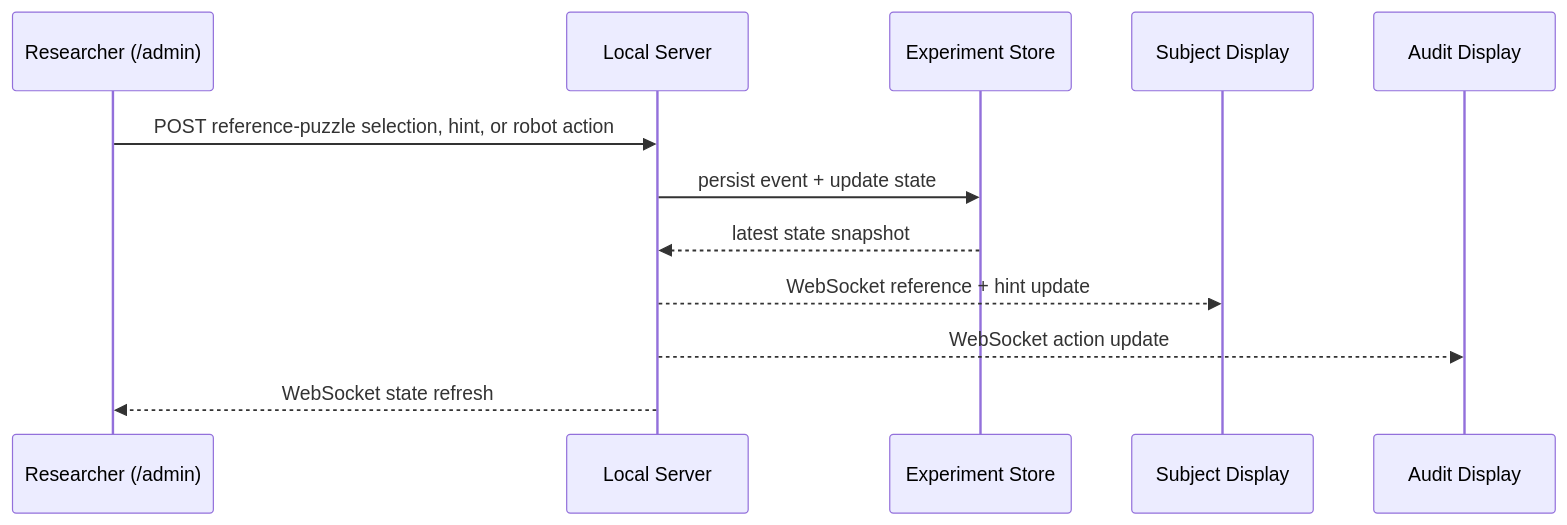
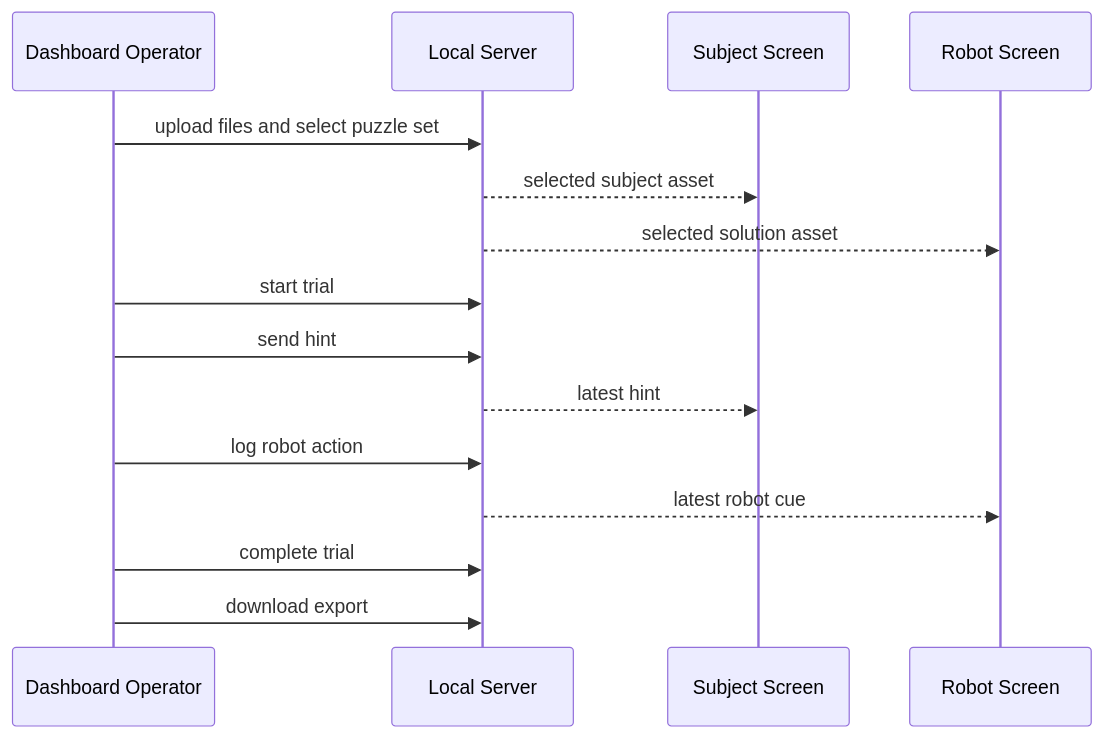
The third of 3 diagrams in docs/architecture.md (shrijacked/wizard-of-oz-control-app), drawn with Mermaid before and after one commit. The commit also changed other lines of this file and 3 other files, not shown here.

Commit message:
Rewrite the study runbook for the simplified flow

````diff
--- a/docs/architecture.md
+++ b/docs/architecture.md
@@ -95,15 +118,18 @@
 ```mermaid
 sequenceDiagram
-    participant Admin as Researcher (/admin)
+    participant Admin as Dashboard Operator
     participant Server as Local Server
-    participant Store as Experiment Store
-    participant Subject as Subject Display
-    participant Audit as Audit Display
+    participant Subject as Subject Screen
+    participant Robot as Robot Screen
 
-    Admin->>Server: POST reference-puzzle selection, hint, or robot action
-    Server->>Store: persist event + update state
-    Store-->>Server: latest state snapshot
-    Server-->>Subject: WebSocket reference + hint update
-    Server-->>Audit: WebSocket action update
-    Server-->>Admin: WebSocket state refresh
+    Admin->>Server: upload files and select puzzle set
+    Server-->>Subject: selected subject asset
+    Server-->>Robot: selected solution asset
+    Admin->>Server: start trial
+    Admin->>Server: send hint
+    Server-->>Subject: latest hint
+    Admin->>Server: log robot action
+    Server-->>Robot: latest robot cue
+    Admin->>Server: complete trial
+    Admin->>Server: download export
 ```
````
